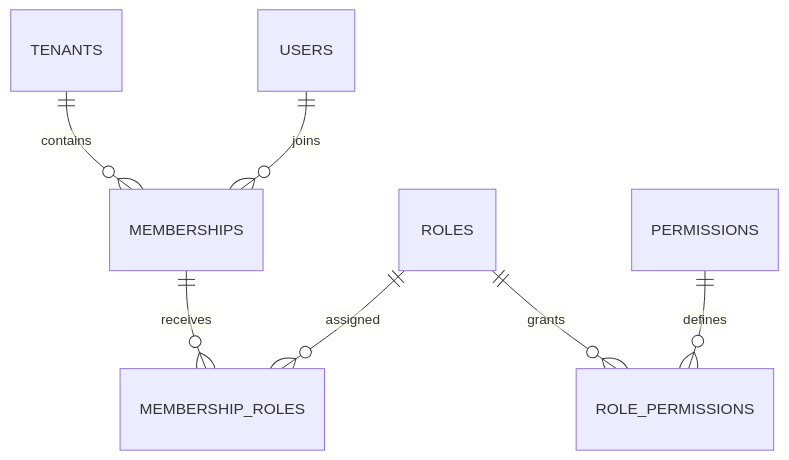
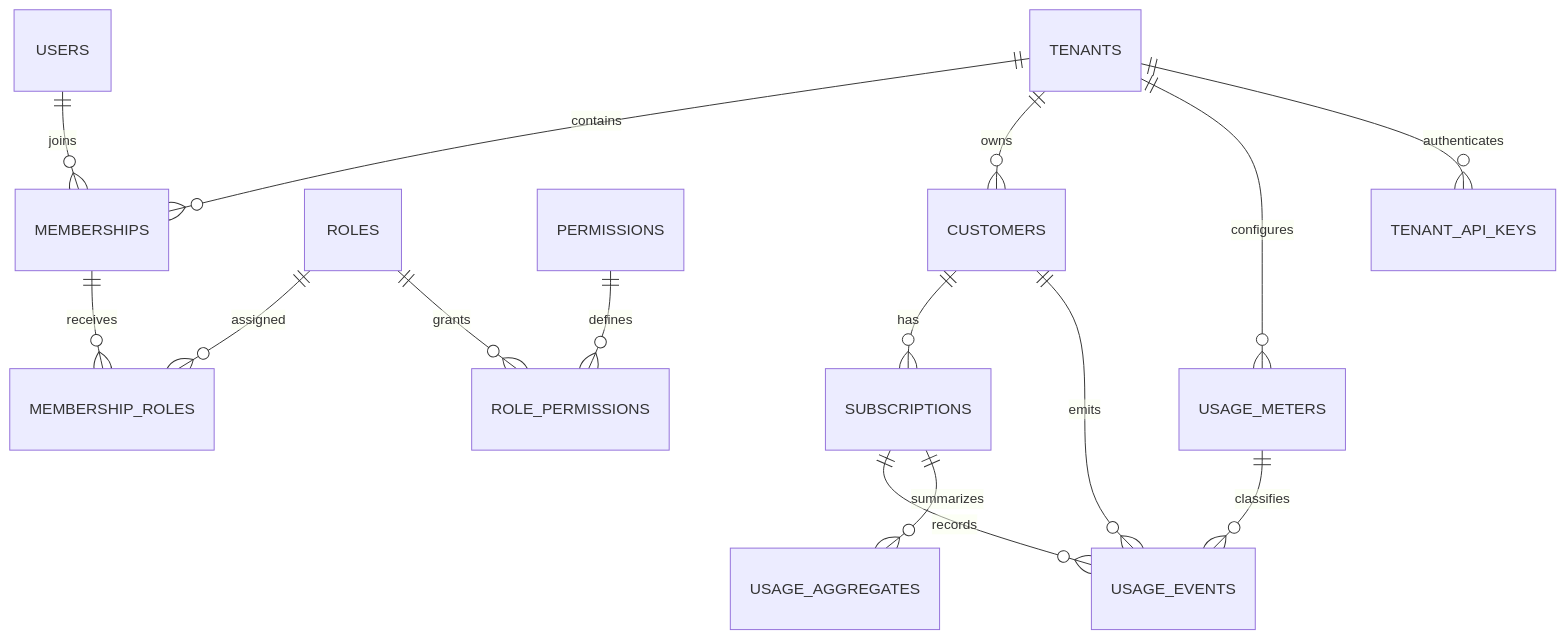
Before and after one commit to jayadeep14/Subscription_Management_System: the diagram in docs/database/README.md, drawn with Mermaid. The commit also changed other lines of this file and 47 other files, not shown here.

````diff
--- a/docs/database/README.md
+++ b/docs/database/README.md
@@ -5,9 +5,17 @@
 ```mermaid
 erDiagram
   TENANTS ||--o{ MEMBERSHIPS : contains
   USERS ||--o{ MEMBERSHIPS : joins
   MEMBERSHIPS ||--o{ MEMBERSHIP_ROLES : receives
   ROLES ||--o{ MEMBERSHIP_ROLES : assigned
   ROLES ||--o{ ROLE_PERMISSIONS : grants
   PERMISSIONS ||--o{ ROLE_PERMISSIONS : defines
+  TENANTS ||--o{ CUSTOMERS : owns
+  CUSTOMERS ||--o{ SUBSCRIPTIONS : has
+  TENANTS ||--o{ USAGE_METERS : configures
+  CUSTOMERS ||--o{ USAGE_EVENTS : emits
+  SUBSCRIPTIONS ||--o{ USAGE_EVENTS : records
+  USAGE_METERS ||--o{ USAGE_EVENTS : classifies
+  SUBSCRIPTIONS ||--o{ USAGE_AGGREGATES : summarizes
+  TENANTS ||--o{ TENANT_API_KEYS : authenticates
 ```
````
